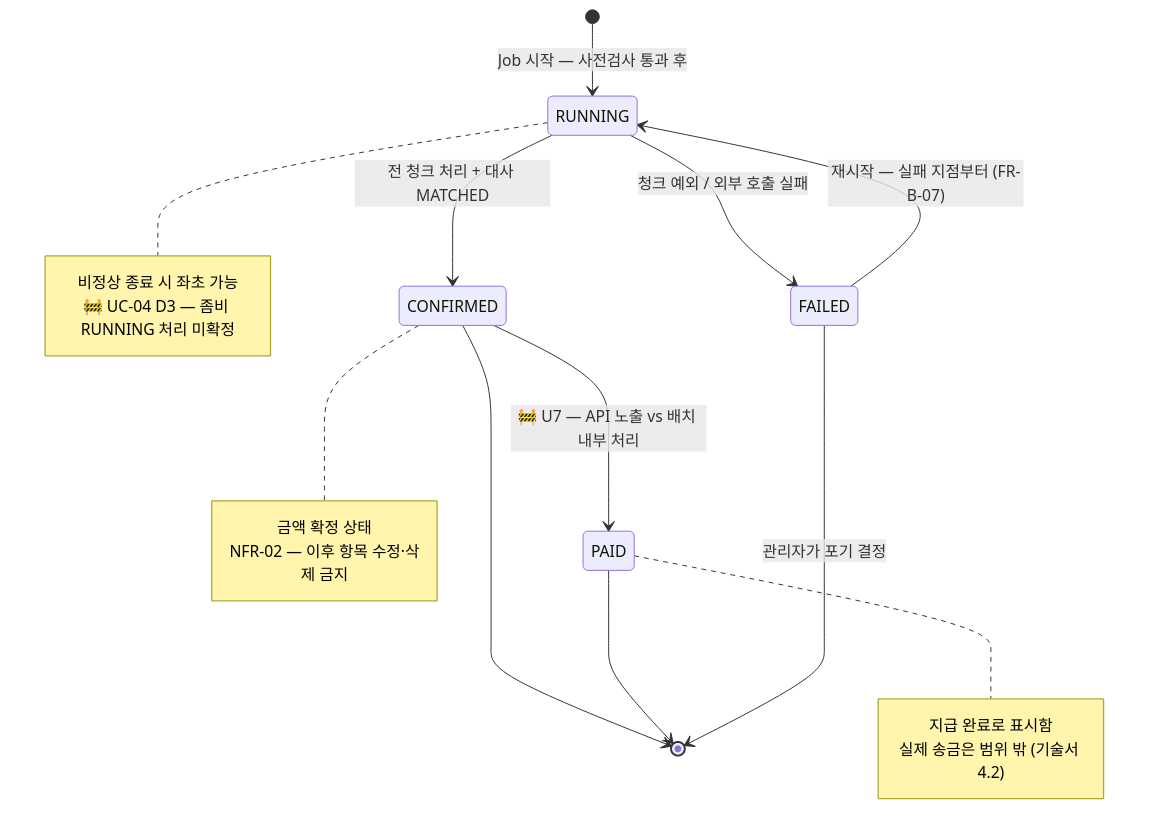
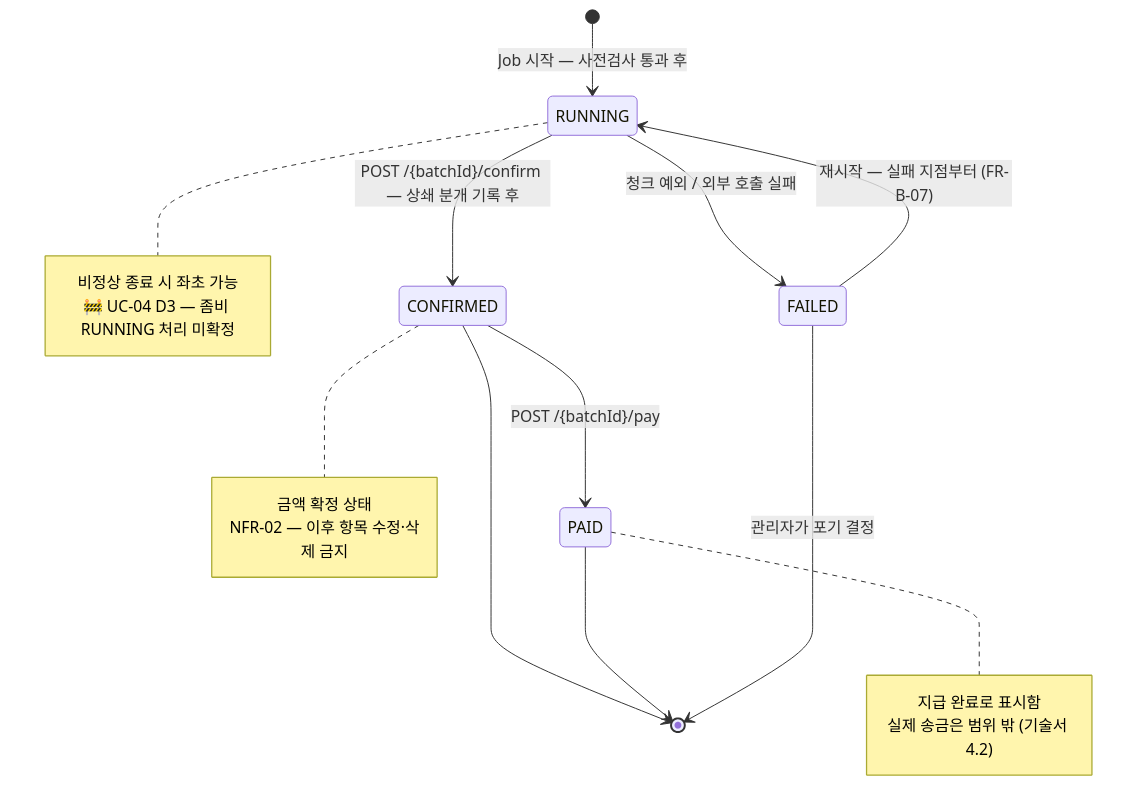
The diagram in docs/05-flow-chart/04-fc-04-state-transition.md (Easy-ADJ/driver-settlement-system), drawn with Mermaid before and after one commit. The commit also changed other lines of this file and 7 other files, not shown here.

````diff
--- a/docs/05-flow-chart/04-fc-04-state-transition.md
+++ b/docs/05-flow-chart/04-fc-04-state-transition.md
@@ -7,26 +7,26 @@
 ```mermaid
 stateDiagram-v2
     [*] --> RUNNING : Job 시작 — 사전검사 통과 후
-    RUNNING --> CONFIRMED : 전 청크 처리 + 대사 MATCHED
+    RUNNING --> CONFIRMED : POST /{batchId}/confirm — 상쇄 분개 기록 후
     RUNNING --> FAILED : 청크 예외 / 외부 호출 실패
     FAILED --> RUNNING : 재시작 — 실패 지점부터 (FR-B-07)
-    CONFIRMED --> PAID : 🚧 U7 — API 노출 vs 배치 내부 처리
+    CONFIRMED --> PAID : POST /{batchId}/pay
     CONFIRMED --> [*]
     PAID --> [*]
     FAILED --> [*] : 관리자가 포기 결정
 
     note right of RUNNING
         비정상 종료 시 좌초 가능
         🚧 UC-04 D3 — 좀비 RUNNING 처리 미확정
     end note
 
     note right of CONFIRMED
         금액 확정 상태
         NFR-02 — 이후 항목 수정·삭제 금지
     end note
 
     note right of PAID
         지급 완료로 표시함
         실제 송금은 범위 밖 (기술서 4.2)
     end note
 ```
````
